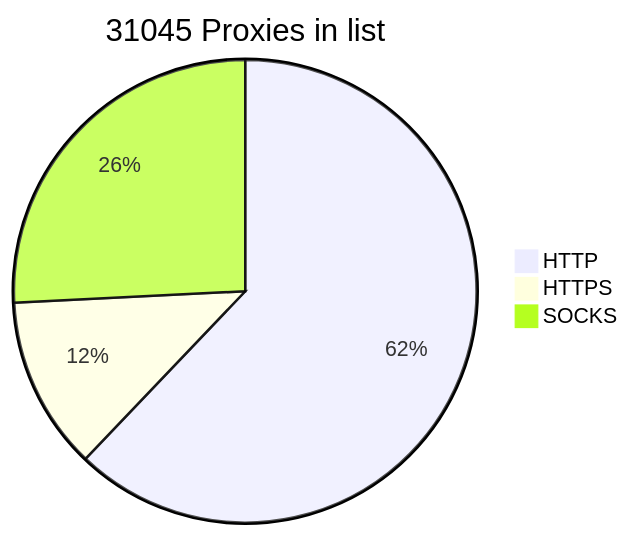
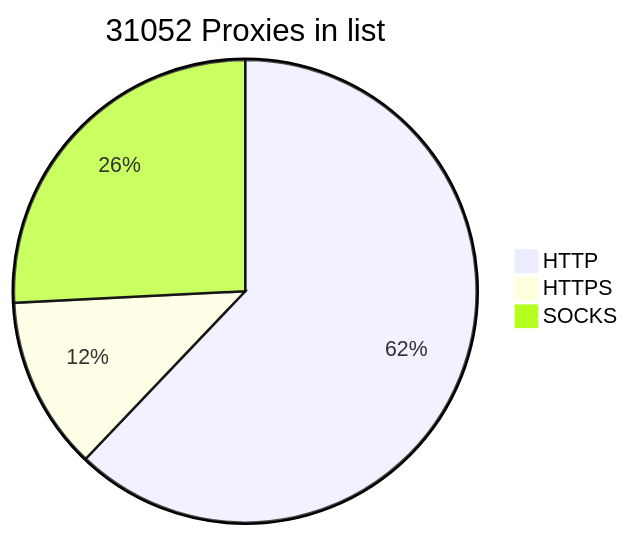
The diagram in README.md (BlackSnowDot/proxylist-update-every-minute), drawn with Mermaid before and after one commit.

````diff
--- a/README.md
+++ b/README.md
@@ -2,6 +2,6 @@
 ```mermaid
-pie title 31045 Proxies in list
-    "HTTP" : 21201
+pie title 31052 Proxies in list
+    "HTTP" : 21202
     "HTTPS": 4128
-    "SOCKS" : 8801
+    "SOCKS" : 8807
 ```
````
